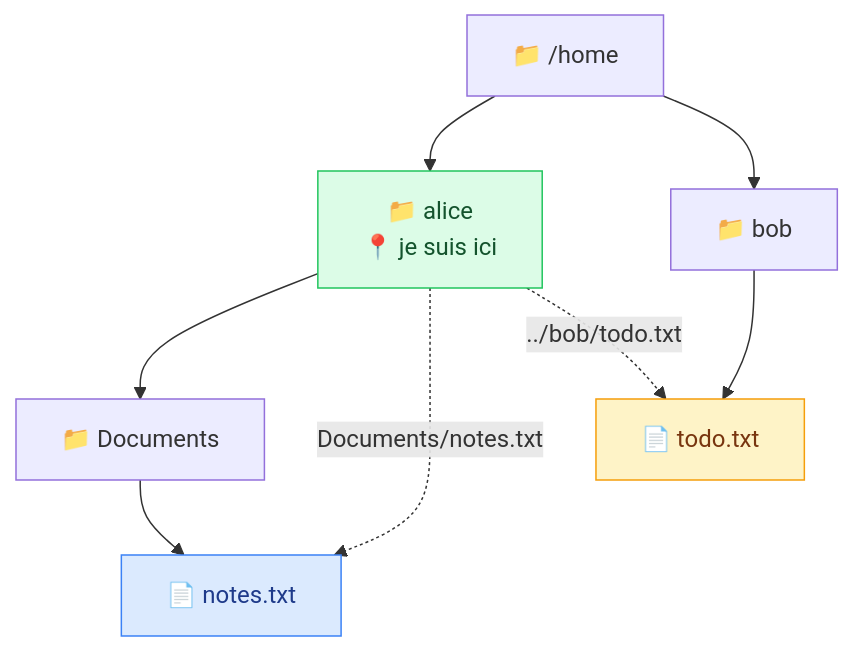
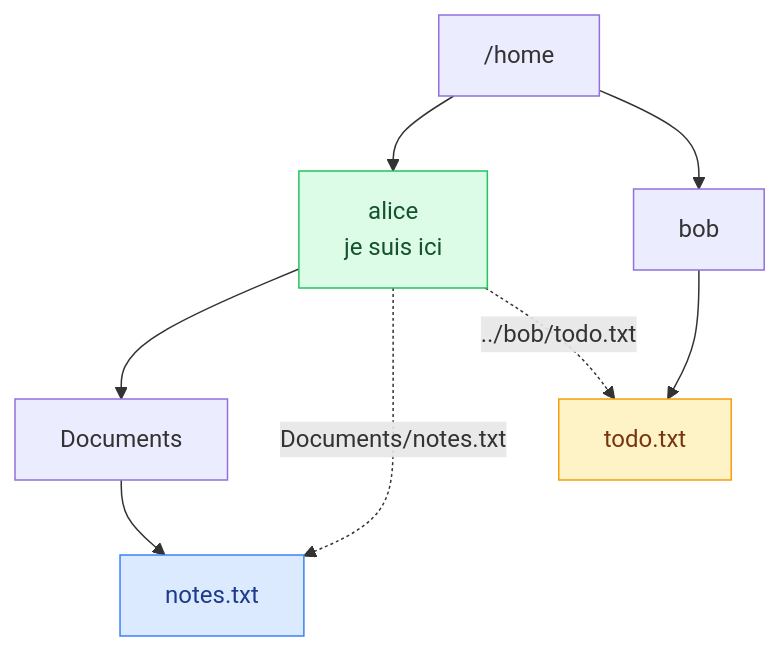
One commit to GoobyWoobies/HEIA-IT changed the second of 2 diagrams in methodologie-securite-it/linux/02-arborescence.md. Above: the diagram before and after it, drawn with Mermaid. The commit also changed other lines of this file and 24 other files, not shown here.

````diff
--- a/methodologie-securite-it/linux/02-arborescence.md
+++ b/methodologie-securite-it/linux/02-arborescence.md
@@ -248,15 +248,15 @@
 ```mermaid
 flowchart TB
-    H["📁 /home"] --> A["📁 alice<br/>📍 je suis ici"]
-    H --> B["📁 bob"]
-    A --> D["📁 Documents"]
-    D --> N["📄 notes.txt"]
-    B --> T["📄 todo.txt"]
+    H["/home"] --> A["alice<br/>je suis ici"]
+    H --> B["bob"]
+    A --> D["Documents"]
+    D --> N["notes.txt"]
+    B --> T["todo.txt"]
 
     A -.->|"Documents/notes.txt"| N
     A -.->|"../bob/todo.txt"| T
 
     style A fill:#dcfce7,stroke:#22c55e,color:#14532d
     style N fill:#dbeafe,stroke:#3b82f6,color:#1e3a8a
     style T fill:#fef3c7,stroke:#f59e0b,color:#78350f
 ```
````
